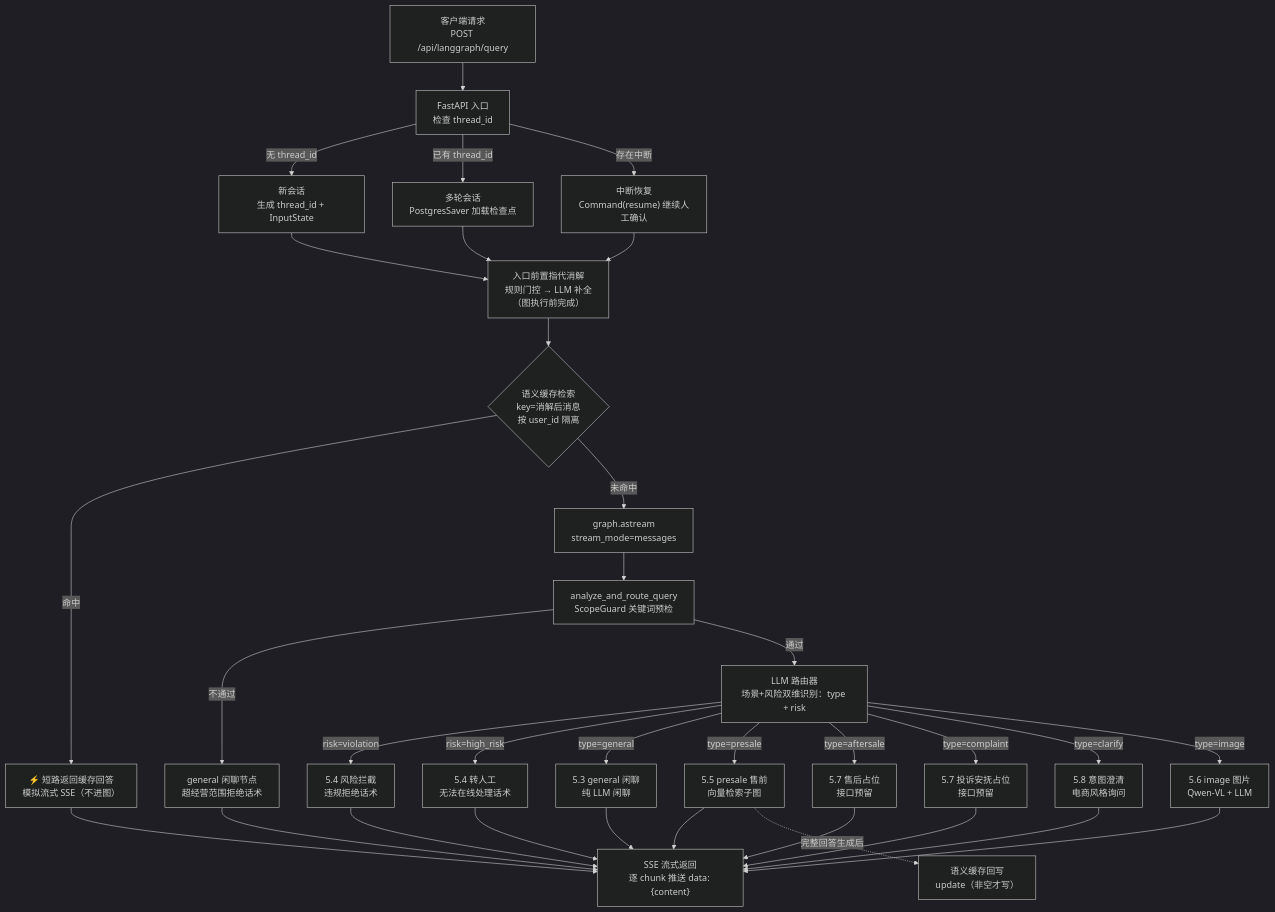
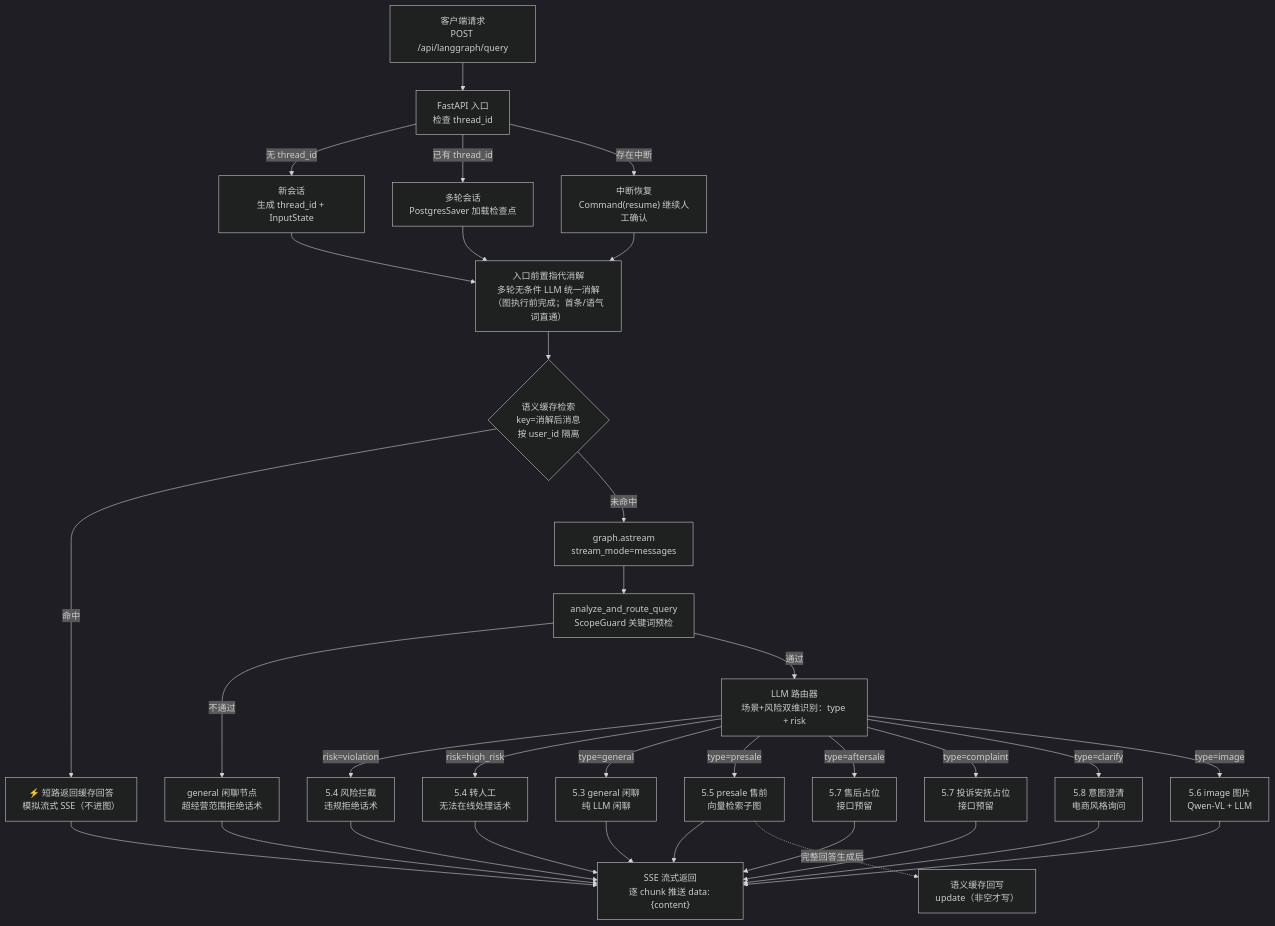
Before and after one commit to blowt16/SmartCS-Agent: diagram 27 of 36 in docs/PROJECT_ANALYSIS.md, drawn with Mermaid (dark theme). The commit also changed other lines of this file, not shown here.

First line of the commit message:
[docs] PROJECT_ANALYSIS 2026-09-18 实测同步：入口指代消解改为多轮无条件 LLM 统一消解

````diff
--- a/docs/PROJECT_ANALYSIS.md
+++ b/docs/PROJECT_ANALYSIS.md
@@ -773,40 +798,40 @@
 ```mermaid
 flowchart TD
     C["客户端请求<br/>POST /api/langgraph/query"]
     C --> API["FastAPI 入口<br/>检查 thread_id"]
     API -->|"无 thread_id"| NEW["新会话<br/>生成 thread_id + InputState"]
     API -->|"已有 thread_id"| CTD["多轮会话<br/>PostgresSaver 加载检查点"]
     API -->|"存在中断"| RSM["中断恢复<br/>Command(resume) 继续人工确认"]
-    NEW --> RESOLVE["入口前置指代消解<br/>规则门控 → LLM 补全<br/>（图执行前完成）"]
+    NEW --> RESOLVE["入口前置指代消解<br/>多轮无条件 LLM 统一消解<br/>（图执行前完成；首条/语气词直通）"]
     CTD --> RESOLVE
     RSM --> RESOLVE
 
     RESOLVE --> CACHE{"语义缓存检索<br/>key=消解后消息<br/>按 user_id 隔离"}
     CACHE -->|"命中"| HIT["⚡ 短路返回缓存回答<br/>模拟流式 SSE（不进图）"]
     CACHE -->|"未命中"| STREAM["graph.astream<br/>stream_mode=messages"]
     HIT --> SSE
 
     STREAM --> SG["analyze_and_route_query<br/>ScopeGuard 关键词预检"]
     SG -->|"不通过"| GQ["general 闲聊节点<br/>超经营范围拒绝话术"]
     SG -->|"通过"| RT["LLM 路由器<br/>场景+风险双维识别：type + risk"]
 
     RT -->|"risk=violation"| RISK["5.4 风险拦截<br/>违规拒绝话术"]
     RT -->|"risk=high_risk"| TRANS["5.4 转人工<br/>无法在线处理话术"]
     RT -->|"type=general"| GEN["5.3 general 闲聊<br/>纯 LLM 闲聊"]
     RT -->|"type=presale"| KG["5.5 presale 售前<br/>向量检索子图"]
     RT -->|"type=aftersale"| PLACE["5.7 售后占位<br/>接口预留"]
     RT -->|"type=complaint"| PLACE2["5.7 投诉安抚占位<br/>接口预留"]
     RT -->|"type=clarify"| CLARIFY["5.8 意图澄清<br/>电商风格询问"]
     RT -->|"type=image"| IMG["5.6 image 图片<br/>Qwen-VL + LLM"]
 
     GEN --> SSE["SSE 流式返回<br/>逐 chunk 推送 data: {content}"]
     RISK --> SSE
     TRANS --> SSE
     KG --> SSE
     PLACE --> SSE
     PLACE2 --> SSE
     CLARIFY --> SSE
     IMG --> SSE
     GQ --> SSE
     KG -.->|"完整回答生成后"| WRITEBACK["语义缓存回写<br/>update（非空才写）"]
 ```
````
